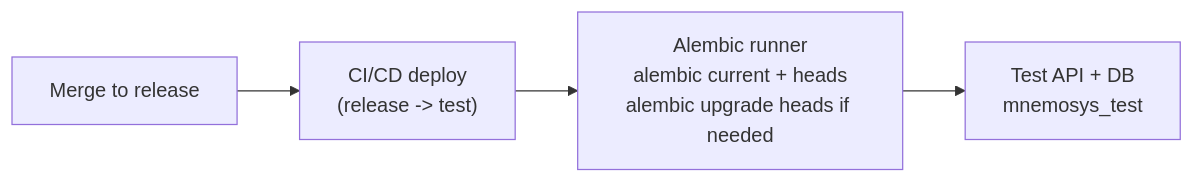
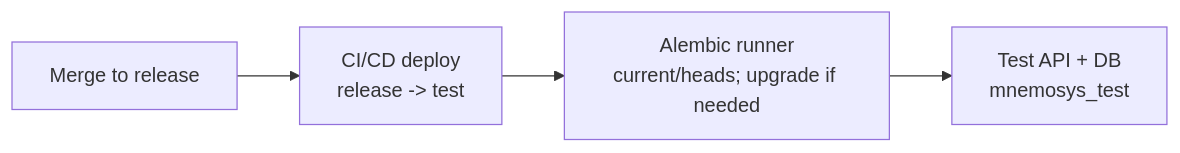
The third of 4 diagrams in docs/diagrams/alembic-migration-workflow.md (wphillipmoore/mnemosys-core), drawn with Mermaid before and after one commit. The commit also changed other lines of this file, not shown here.

Commit message:
Shorten mermaid labels to avoid clipping

````diff
--- a/docs/diagrams/alembic-migration-workflow.md
+++ b/docs/diagrams/alembic-migration-workflow.md
@@ -32,8 +34,8 @@
 ```mermaid
 flowchart LR
   REL["Merge to release"]
-  TEST_PIPE["CI/CD deploy<br/>(release -> test)"]
-  TEST_GATE["Alembic runner<br/>alembic current + heads<br/>alembic upgrade heads if needed"]
+  TEST_PIPE["CI/CD deploy<br/>release -> test"]
+  TEST_GATE["Alembic runner<br/>current/heads; upgrade if needed"]
   TEST_APP["Test API + DB<br/>mnemosys_test"]
   REL --> TEST_PIPE --> TEST_GATE --> TEST_APP
 ```
````
